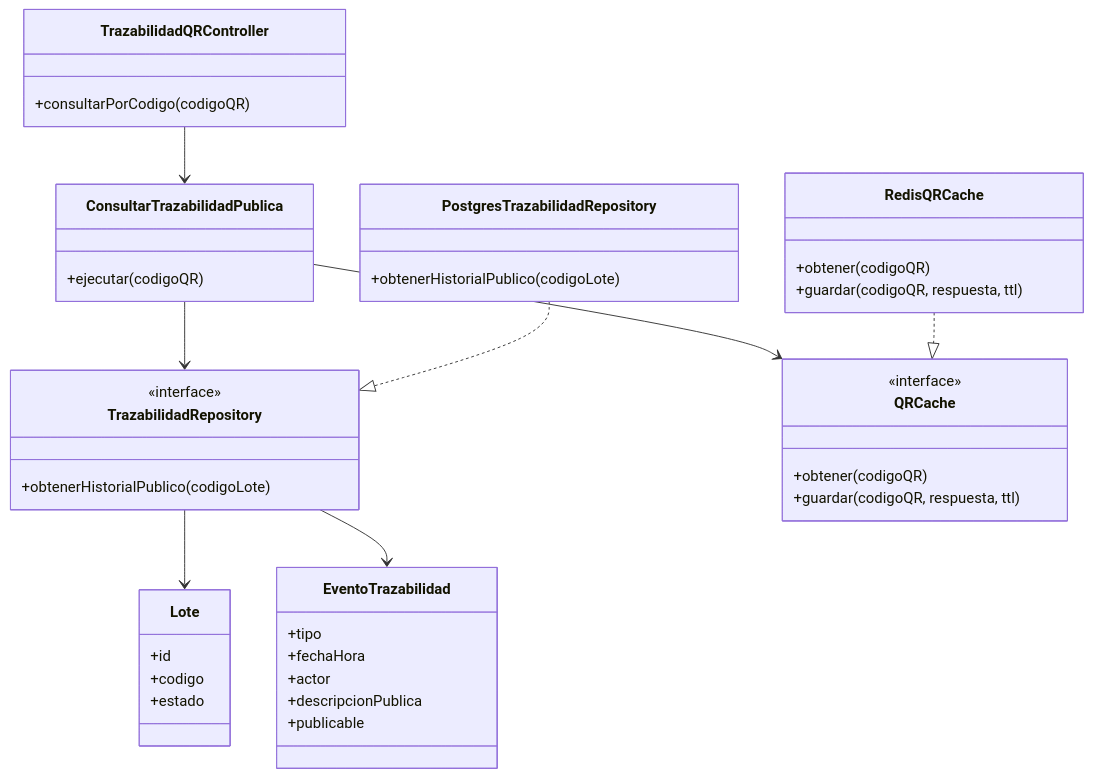
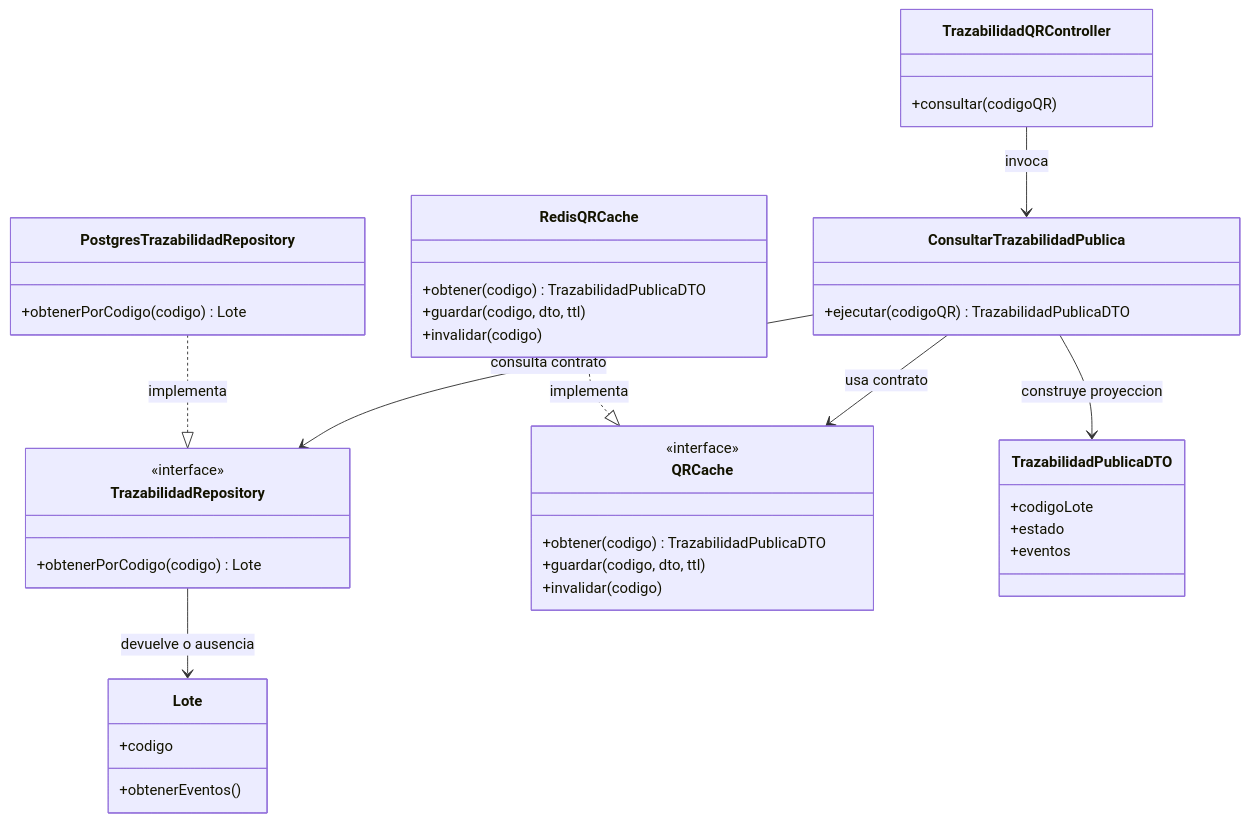
Before and after one commit to carlosgaraundo27-svg/Trazabilidad-Agricola-Arquitectura: the fifth of 5 diagrams in docs/04-modelo-c4/modelo-c4.md, drawn with Mermaid. The commit also changed other lines of this file and 12 other files, not shown here.

```diff
--- a/docs/04-modelo-c4/modelo-c4.md
+++ b/docs/04-modelo-c4/modelo-c4.md
@@ -170,45 +195,44 @@
 ~~~mermaid
 classDiagram
+    direction TB
     class TrazabilidadQRController {
-      +consultarPorCodigo(codigoQR)
+      +consultar(codigoQR)
     }
     class ConsultarTrazabilidadPublica {
-      +ejecutar(codigoQR)
+      +ejecutar(codigoQR) TrazabilidadPublicaDTO
     }
     class TrazabilidadRepository {
       <<interface>>
-      +obtenerHistorialPublico(codigoLote)
+      +obtenerPorCodigo(codigo) Lote
     }
     class QRCache {
       <<interface>>
-      +obtener(codigoQR)
-      +guardar(codigoQR, respuesta, ttl)
+      +obtener(codigo) TrazabilidadPublicaDTO
+      +guardar(codigo, dto, ttl)
+      +invalidar(codigo)
     }
     class PostgresTrazabilidadRepository {
-      +obtenerHistorialPublico(codigoLote)
+      +obtenerPorCodigo(codigo) Lote
     }
     class RedisQRCache {
-      +obtener(codigoQR)
-      +guardar(codigoQR, respuesta, ttl)
+      +obtener(codigo) TrazabilidadPublicaDTO
+      +guardar(codigo, dto, ttl)
+      +invalidar(codigo)
+    }
+    class TrazabilidadPublicaDTO {
+      +codigoLote
+      +estado
+      +eventos
     }
     class Lote {
-      +id
       +codigo
-      +estado
+      +obtenerEventos()
     }
-    class EventoTrazabilidad {
-      +tipo
-      +fechaHora
-      +actor
-      +descripcionPublica
-      +publicable
-    }
-
-    TrazabilidadQRController --> ConsultarTrazabilidadPublica
-    ConsultarTrazabilidadPublica --> TrazabilidadRepository
-    ConsultarTrazabilidadPublica --> QRCache
-    PostgresTrazabilidadRepository ..|> TrazabilidadRepository
-    RedisQRCache ..|> QRCache
-    TrazabilidadRepository --> Lote
-    TrazabilidadRepository --> EventoTrazabilidad
+    TrazabilidadQRController --> ConsultarTrazabilidadPublica : invoca
+    ConsultarTrazabilidadPublica --> TrazabilidadRepository : consulta contrato
+    ConsultarTrazabilidadPublica --> QRCache : usa contrato
+    ConsultarTrazabilidadPublica --> TrazabilidadPublicaDTO : construye proyeccion
+    TrazabilidadRepository --> Lote : devuelve o ausencia
+    PostgresTrazabilidadRepository ..|> TrazabilidadRepository : implementa
+    RedisQRCache ..|> QRCache : implementa
 ~~~
```
